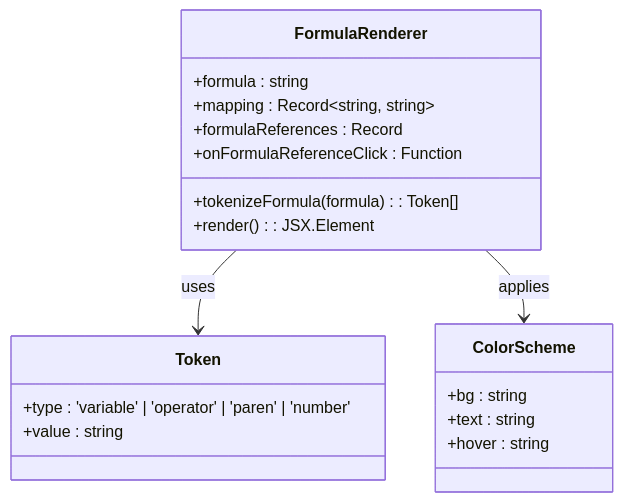
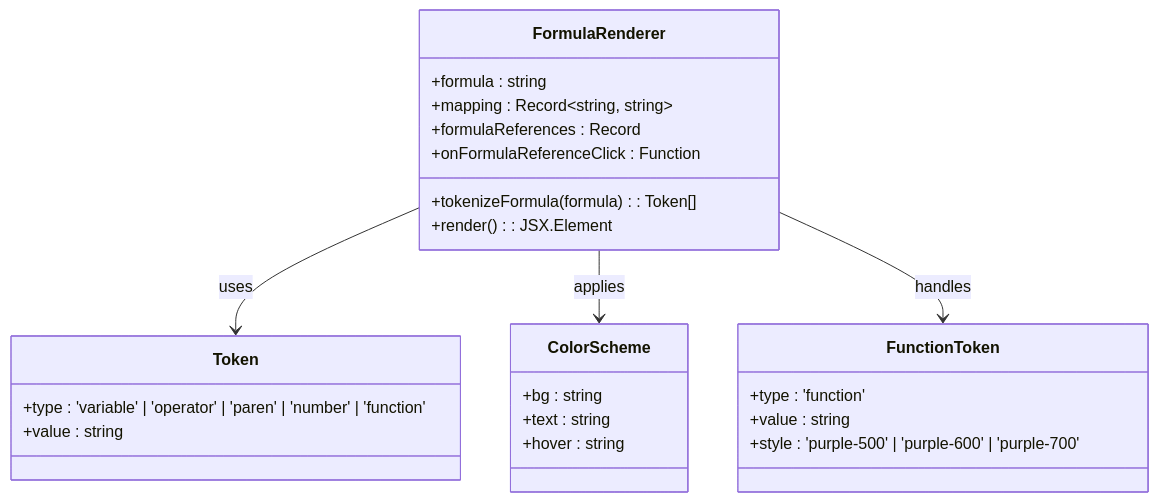
The third of 7 diagrams in .qoder/repowiki/zh/content/用户指南/可视化展示/可视化展示.md (steveyu2/formula-mapper), drawn with Mermaid before and after one commit. The commit also changed other lines of this file and 10 other files, not shown here.

````diff
--- a/.qoder/repowiki/zh/content/用户指南/可视化展示/可视化展示.md
+++ b/.qoder/repowiki/zh/content/用户指南/可视化展示/可视化展示.md
@@ -174,22 +196,28 @@
 ```mermaid
 classDiagram
 class FormulaRenderer {
 +formula : string
 +mapping : Record~string, string~
 +formulaReferences : Record
 +onFormulaReferenceClick : Function
 +tokenizeFormula(formula) : Token[]
 +render() : JSX.Element
 }
 class Token {
-+type : 'variable' | 'operator' | 'paren' | 'number'
++type : 'variable' | 'operator' | 'paren' | 'number' | 'function'
 +value : string
 }
 class ColorScheme {
 +bg : string
 +text : string
 +hover : string
 }
+class FunctionToken {
++type : 'function'
++value : string
++style : 'purple-500' | 'purple-600' | 'purple-700'
+}
 FormulaRenderer --> Token : uses
 FormulaRenderer --> ColorScheme : applies
+FormulaRenderer --> FunctionToken : handles
 ```
````
